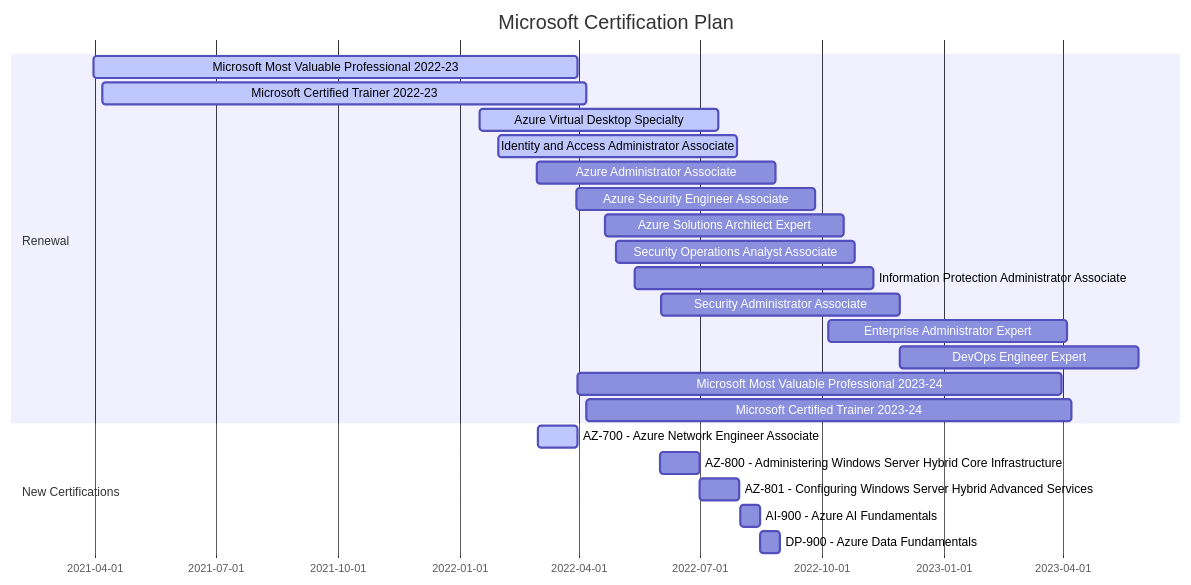
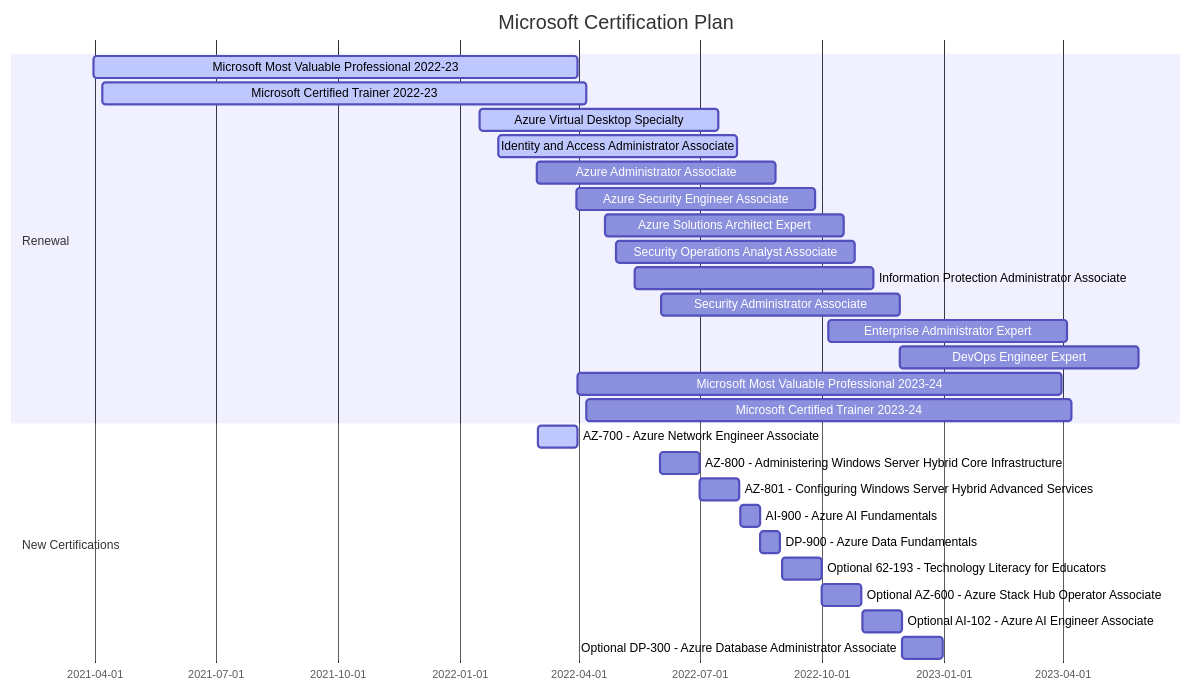
One commit to vukasinterzic/vukasinterzic changed the diagram in README.md. Above: the diagram before and after it, drawn with Mermaid. The commit also changed other lines of this file, not shown here.

Commit message:
updated certifications graph

````diff
--- a/README.md
+++ b/README.md
@@ -23,29 +23,33 @@
 ```mermaid
 
-  gantt
-  title Microsoft Certification Plan
-  dateFormat  YYYY-MM-DD
-  section Renewal
-  Microsoft Most Valuable Professional 2022-23    :active, 2021-03-31, 365d
-  Microsoft Certified Trainer 2022-23             :active, 2021-04-07, 365d
-  Azure Virtual Desktop Specialty                 :active, 2022-01-16, 180d
-  Identity and Access Administrator Associate     :active, 2022-01-30, 180d
-  Azure Administrator Associate                   :a2, 2022-02-28, 180d
-  Azure Security Engineer Associate               :a3, 2022-03-30, 180d
-  Azure Solutions Architect Expert                :a4, 2022-04-21, 180d
-  Security Operations Analyst Associate           :a5, 2022-04-29, 180d
-  Information Protection Administrator Associate  :a6, 2022-05-13, 180d
-  Security Administrator Associate                :a7, 2022-06-02, 180d
-  Enterprise Administrator Expert                 :a8, 2022-10-06, 180d
-  DevOps Engineer Expert                          :a9, 2022-11-29, 180d
-  Microsoft Most Valuable Professional 2023-24    :a10, 2022-03-31, 365d
-  Microsoft Certified Trainer 2023-24             :a11, 2022-04-07, 365d
+    gantt
+    title Microsoft Certification Plan
+    dateFormat  YYYY-MM-DD
+    section Renewal
+    Microsoft Most Valuable Professional 2022-23    :active, 2021-03-31, 365d
+    Microsoft Certified Trainer 2022-23             :active, 2021-04-07, 365d
+    Azure Virtual Desktop Specialty                 :active, 2022-01-16, 180d
+    Identity and Access Administrator Associate     :active, 2022-01-30, 180d
+    Azure Administrator Associate                   :a2, 2022-02-28, 180d
+    Azure Security Engineer Associate               :a3, 2022-03-30, 180d
+    Azure Solutions Architect Expert                :a4, 2022-04-21, 180d
+    Security Operations Analyst Associate           :a5, 2022-04-29, 180d
+    Information Protection Administrator Associate  :a6, 2022-05-13, 180d
+    Security Administrator Associate                :a7, 2022-06-02, 180d
+    Enterprise Administrator Expert                 :a8, 2022-10-06, 180d
+    DevOps Engineer Expert                          :a9, 2022-11-29, 180d
+    Microsoft Most Valuable Professional 2023-24    :a10, 2022-03-31, 365d
+    Microsoft Certified Trainer 2023-24             :a11, 2022-04-07, 365d
 
-  section New Certifications
-  AZ-700 - Azure Network Engineer Associate       :active, 2022-03-01, 30d
-  AZ-800 - Administering Windows Server Hybrid Core Infrastructure    :a12, 2022-06-01, 30d
-  AZ-801 - Configuring Windows Server Hybrid Advanced Services        :a13, 2022-07-01, 30d
-  AI-900 - Azure AI Fundamentals                                      :a14, 2022-08-01, 15d
-  DP-900 - Azure Data Fundamentals                                    :a15, 2022-08-16, 15d
+    section New Certifications
+    AZ-700 - Azure Network Engineer Associate       :active, 2022-03-01, 30d
+    AZ-800 - Administering Windows Server Hybrid Core Infrastructure    :a12, 2022-06-01, 30d
+    AZ-801 - Configuring Windows Server Hybrid Advanced Services        :a13, 2022-07-01, 30d
+    AI-900 - Azure AI Fundamentals                                      :a14, 2022-08-01, 15d
+    DP-900 - Azure Data Fundamentals                                    :a15, 2022-08-16, 15d
+    Optional 62-193 - Technology Literacy for Educators                 :a16, 2022-09-01, 30d
+    Optional AZ-600 - Azure Stack Hub Operator Associate                :a17, 2022-10-01, 30d
+    Optional AI-102 - Azure AI Engineer Associate                       :a18, 2022-11-01, 30d
+    Optional DP-300 - Azure Database Administrator Associate            :a19, 2022-12-01, 30d
 
-```        
+```
````
